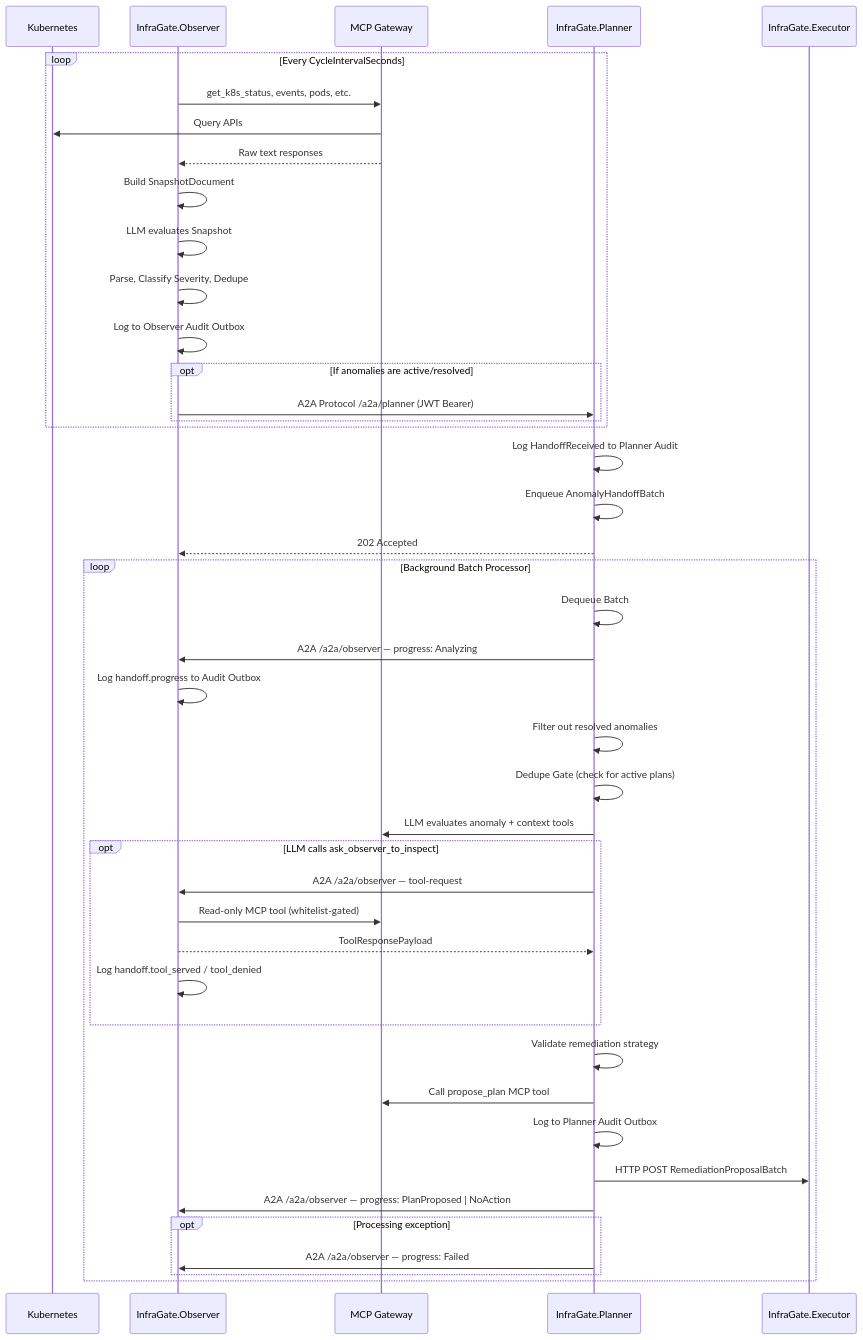
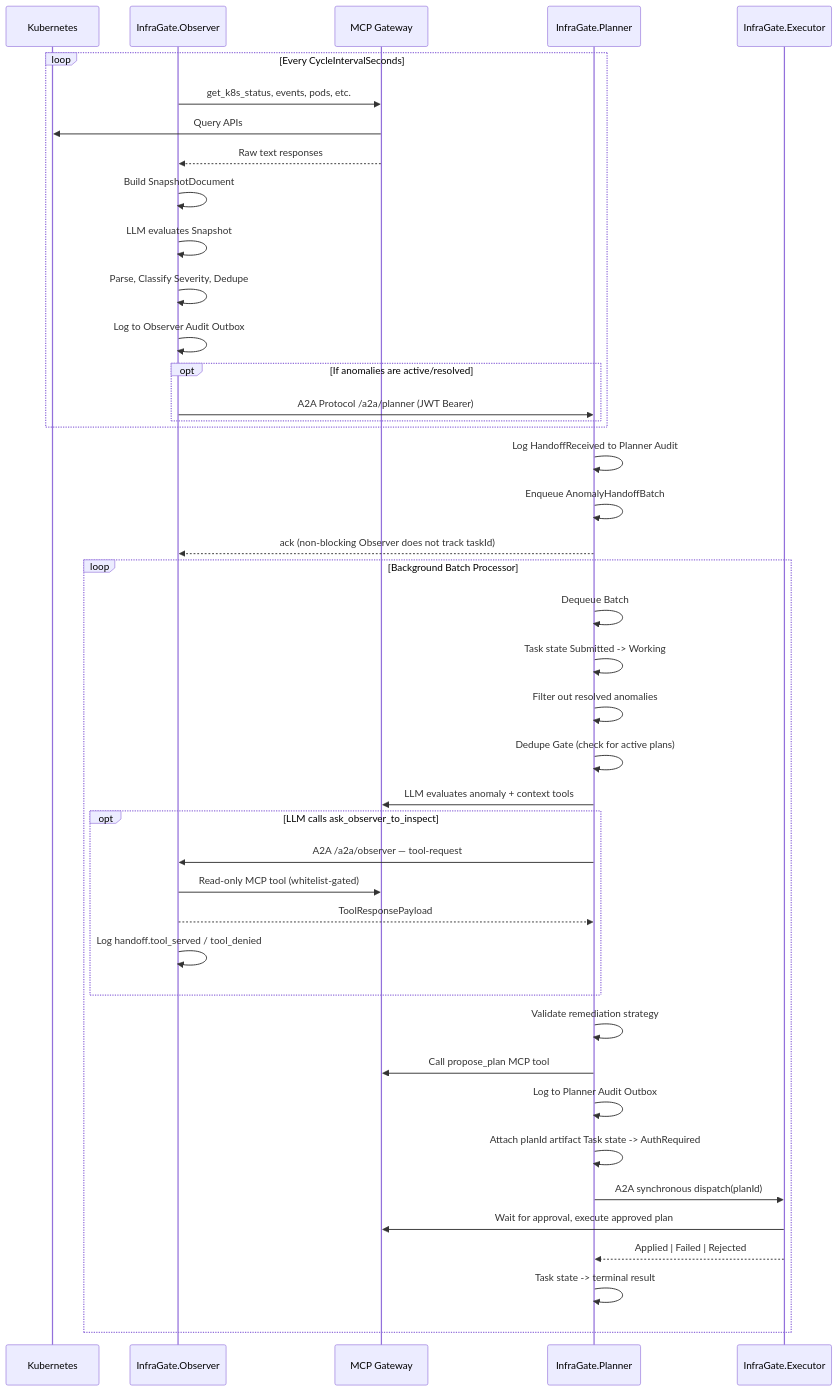
One commit to mirusser/Kubernetes-MCP-Guard changed the fifth of 5 diagrams in docs/observer-planner-flow.md. Above: the diagram before and after it, drawn with Mermaid. The commit also changed other lines of this file and 102 other files, not shown here.

````diff
--- a/docs/observer-planner-flow.md
+++ b/docs/observer-planner-flow.md
@@ -127,48 +127,47 @@
 ```mermaid
 sequenceDiagram
     participant K8s as Kubernetes
     participant Obs as InfraGate.Observer
     participant Gateway as MCP Gateway
     participant Plan as InfraGate.Planner
     participant Exec as InfraGate.Executor
 
     loop Every CycleIntervalSeconds
         Obs->>Gateway: get_k8s_status, events, pods, etc.
         Gateway->>K8s: Query APIs
         Gateway-->>Obs: Raw text responses
         Obs->>Obs: Build SnapshotDocument
         Obs->>Obs: LLM evaluates Snapshot
         Obs->>Obs: Parse, Classify Severity, Dedupe
         Obs->>Obs: Log to Observer Audit Outbox
         opt If anomalies are active/resolved
             Obs->>Plan: A2A Protocol /a2a/planner (JWT Bearer)
         end
     end
 
     Plan->>Plan: Log HandoffReceived to Planner Audit
     Plan->>Plan: Enqueue AnomalyHandoffBatch
-    Plan-->>Obs: 202 Accepted
+    Plan-->>Obs: ack (non-blocking Observer does not track taskId)
     
     loop Background Batch Processor
         Plan->>Plan: Dequeue Batch
-        Plan->>Obs: A2A /a2a/observer — progress: Analyzing
-        Obs->>Obs: Log handoff.progress to Audit Outbox
+        Plan->>Plan: Task state Submitted -> Working
         Plan->>Plan: Filter out resolved anomalies
         Plan->>Plan: Dedupe Gate (check for active plans)
         Plan->>Gateway: LLM evaluates anomaly + context tools
         opt LLM calls ask_observer_to_inspect
             Plan->>Obs: A2A /a2a/observer — tool-request
             Obs->>Gateway: Read-only MCP tool (whitelist-gated)
             Obs-->>Plan: ToolResponsePayload
             Obs->>Obs: Log handoff.tool_served / tool_denied
         end
         Plan->>Plan: Validate remediation strategy
         Plan->>Gateway: Call propose_plan MCP tool
         Plan->>Plan: Log to Planner Audit Outbox
-        Plan->>Exec: HTTP POST RemediationProposalBatch
-        Plan->>Obs: A2A /a2a/observer — progress: PlanProposed | NoAction
-        opt Processing exception
-            Plan->>Obs: A2A /a2a/observer — progress: Failed
-        end
+        Plan->>Plan: Attach planId artifact Task state -> AuthRequired
+        Plan->>Exec: A2A synchronous dispatch(planId)
+        Exec->>Gateway: Wait for approval, execute approved plan
+        Exec-->>Plan: Applied | Failed | Rejected
+        Plan->>Plan: Task state -> terminal result
     end
 ```
````
